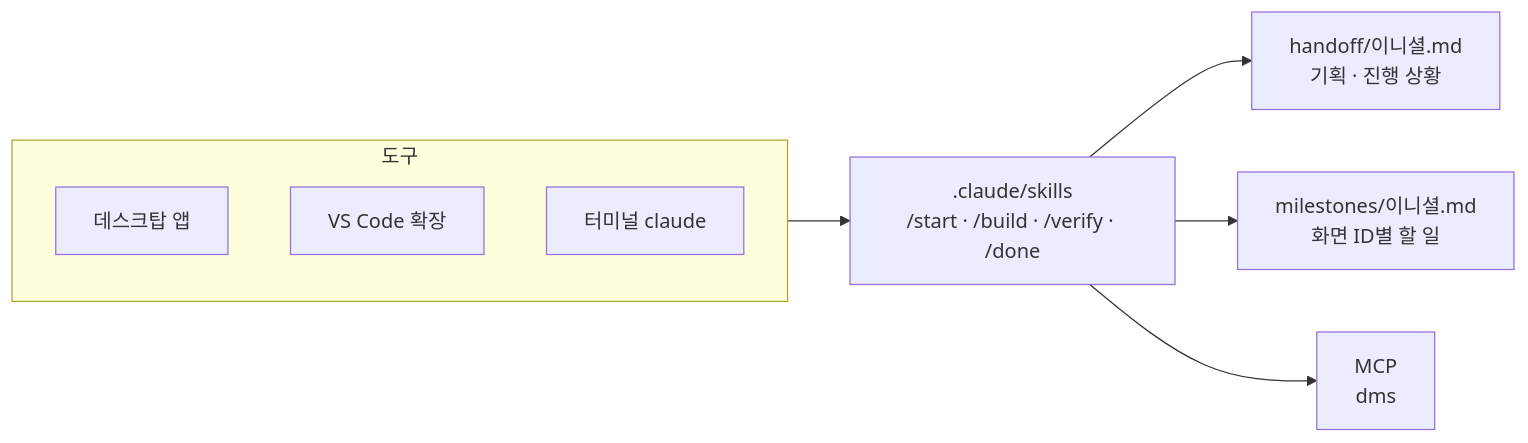
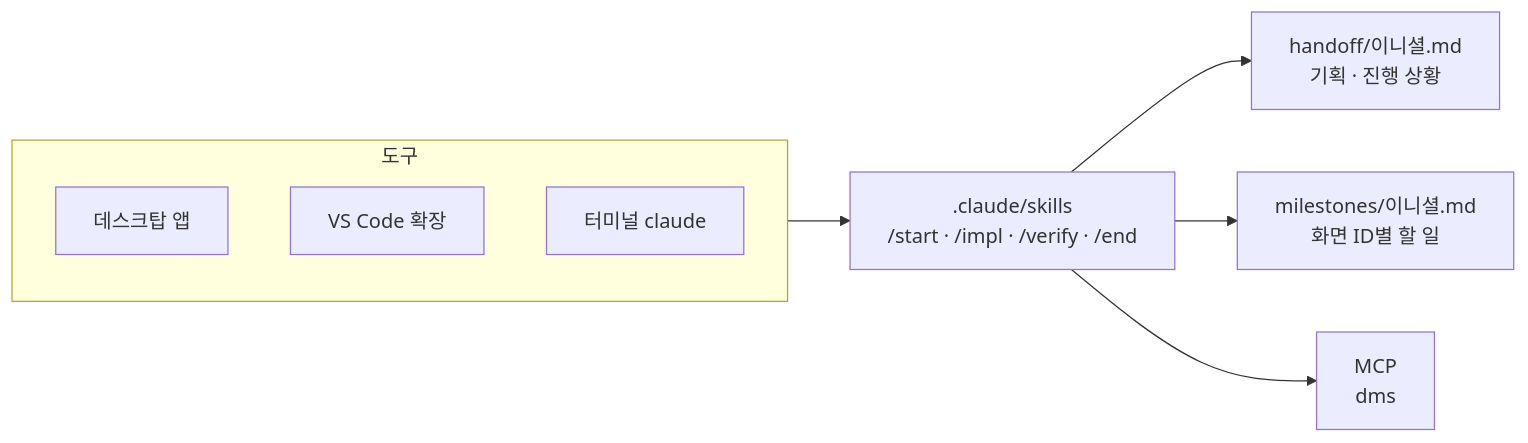
The second of 4 diagrams in README.md (Jung-aejin/nyangmeong-backend), drawn with Mermaid before and after one commit. The commit also changed other lines of this file and 13 other files, not shown here.

First line of the commit message:
[LJS] chore: /build·/done을 /impl·/end로 바꾸고 중간 저장과 검증 루프 보관을 추가한다

````diff
--- a/README.md
+++ b/README.md
@@ -81,12 +81,12 @@
 ```mermaid
 flowchart LR
   subgraph tools[도구]
     A[데스크탑 앱]
     B[VS Code 확장]
     C[터미널 claude]
   end
-  tools --> SK[".claude/skills<br/>/start · /build · /verify · /done"]
+  tools --> SK[".claude/skills<br/>/start · /impl · /verify · /end"]
   SK --> HO["handoff/이니셜.md<br/>기획 · 진행 상황"]
   SK --> MS["milestones/이니셜.md<br/>화면 ID별 할 일"]
   SK --> MCP["MCP<br/>dms"]
 ```
````
